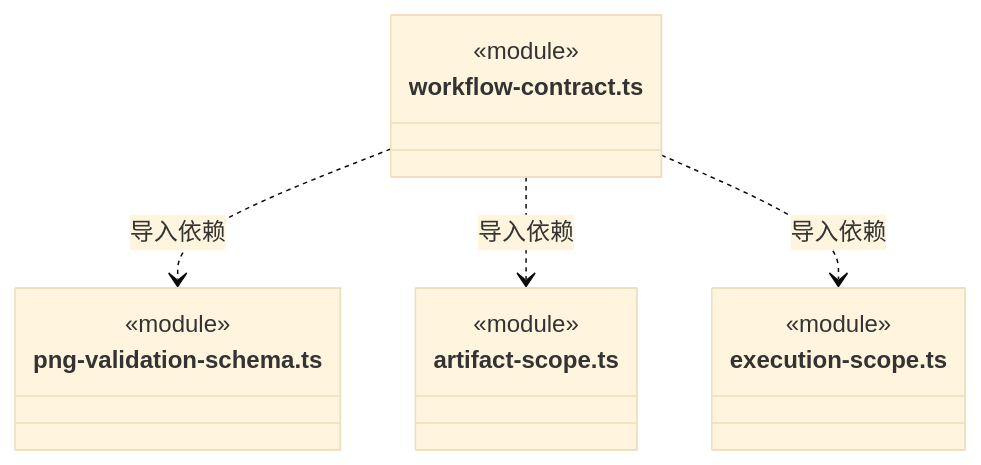
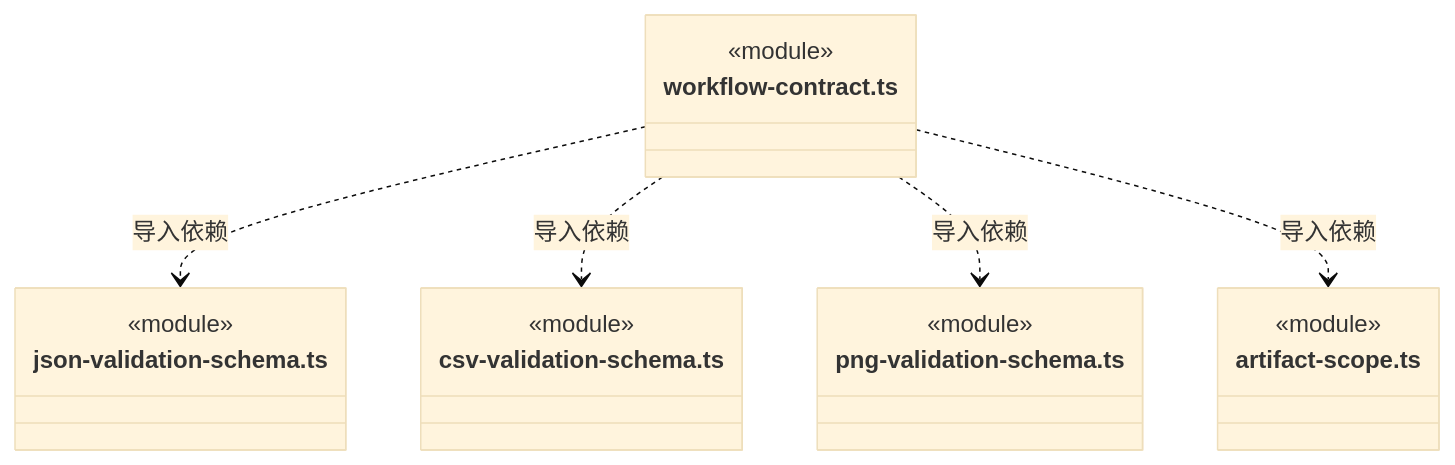
Diagram 37 of 38 in src/backend/core/workspace/ARCHITECTURE.md (nan023062/cbim), drawn with Mermaid (base theme) before and after one commit. The commit also changed other lines of this file and 130 other files, not shown here.

````diff
--- a/src/backend/core/workspace/ARCHITECTURE.md
+++ b/src/backend/core/workspace/ARCHITECTURE.md
@@ -826,18 +819,22 @@
 ```mermaid
 classDiagram
 class N_src_backend_core_workspace_workflow_contract_ts["workflow-contract.ts"] {
+  <<module>>
+}
+class N_src_backend_core_workspace_json_validation_schema_ts["json-validation-schema.ts"] {
+  <<module>>
+}
+class N_src_backend_core_workspace_csv_validation_schema_ts["csv-validation-schema.ts"] {
   <<module>>
 }
 class N_src_backend_core_workspace_png_validation_schema_ts["png-validation-schema.ts"] {
   <<module>>
 }
 class N_src_backend_core_workspace_artifact_scope_ts["artifact-scope.ts"] {
   <<module>>
 }
-class N_src_backend_core_workspace_execution_scope_ts["execution-scope.ts"] {
-  <<module>>
-}
+N_src_backend_core_workspace_workflow_contract_ts ..> N_src_backend_core_workspace_json_validation_schema_ts : 导入依赖
+N_src_backend_core_workspace_workflow_contract_ts ..> N_src_backend_core_workspace_csv_validation_schema_ts : 导入依赖
 N_src_backend_core_workspace_workflow_contract_ts ..> N_src_backend_core_workspace_png_validation_schema_ts : 导入依赖
 N_src_backend_core_workspace_workflow_contract_ts ..> N_src_backend_core_workspace_artifact_scope_ts : 导入依赖
-N_src_backend_core_workspace_workflow_contract_ts ..> N_src_backend_core_workspace_execution_scope_ts : 导入依赖
 ```
````
